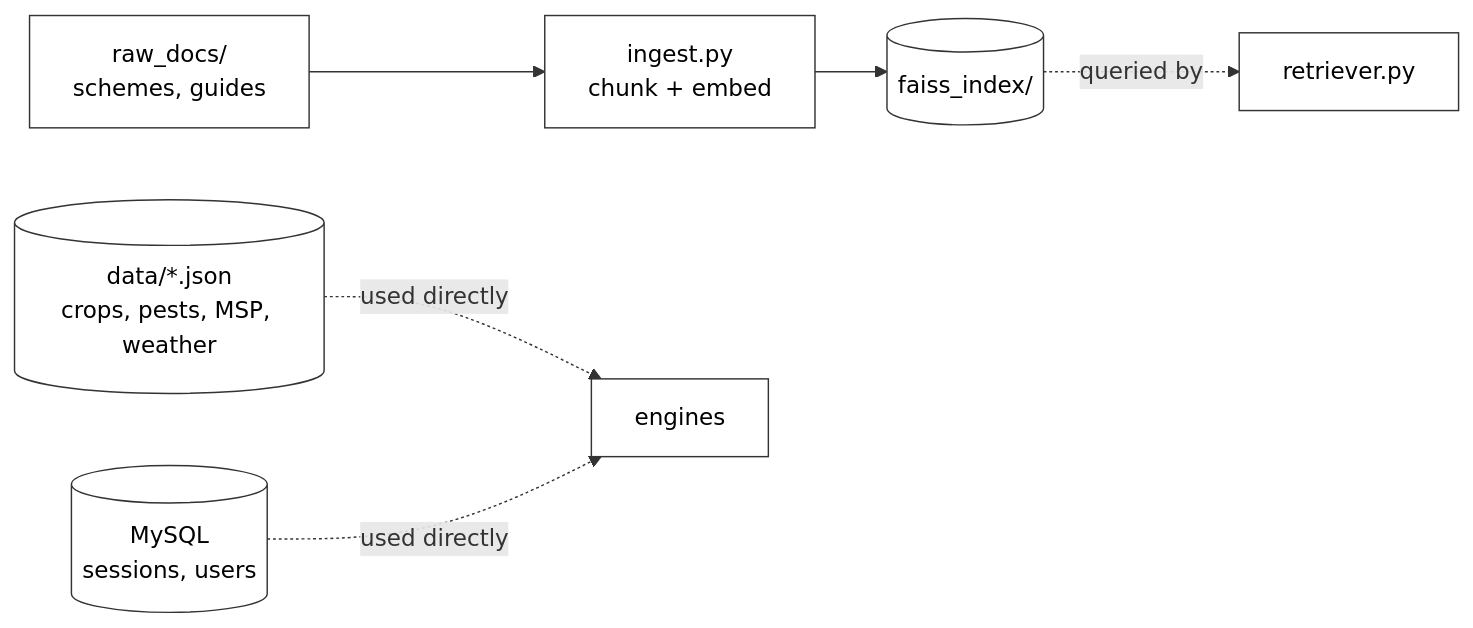
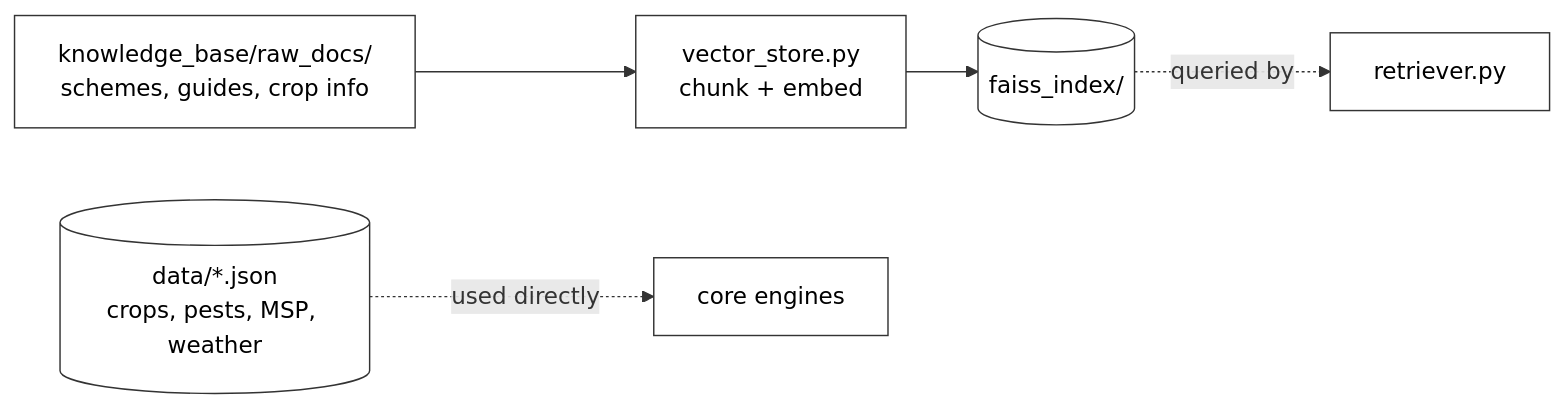
The third of 3 diagrams in README.md (SHRESTHA-012/Kisan-sarthi-agri-advisor), drawn with Mermaid before and after one commit. The commit also changed other lines of this file, not shown here.

````diff
--- a/README.md
+++ b/README.md
@@ -110,12 +125,11 @@
 ```mermaid
 flowchart LR
-    RD[raw_docs/<br/>schemes, guides] --> ING[ingest.py<br/>chunk + embed]
+    RD[knowledge_base/raw_docs/<br/>schemes, guides, crop info] --> ING[vector_store.py<br/>chunk + embed]
     ING --> FI[(faiss_index/)]
 
-    JSON[(data/*.json<br/>crops, pests, MSP, weather)] -.used directly.-> ENG[engines]
-    MYSQL[(MySQL<br/>sessions, users)] -.used directly.-> ENG
+    JSON[(data/*.json<br/>crops, pests, MSP, weather)] -.used directly.-> ENG[core engines]
     FI -.queried by.-> RET[retriever.py]
 
     classDef node fill:#ffffff,stroke:#333333,color:#000000;
-    class RD,ING,FI,JSON,MYSQL,ENG,RET node;
+    class RD,ING,FI,JSON,ENG,RET node;
 ```
````
